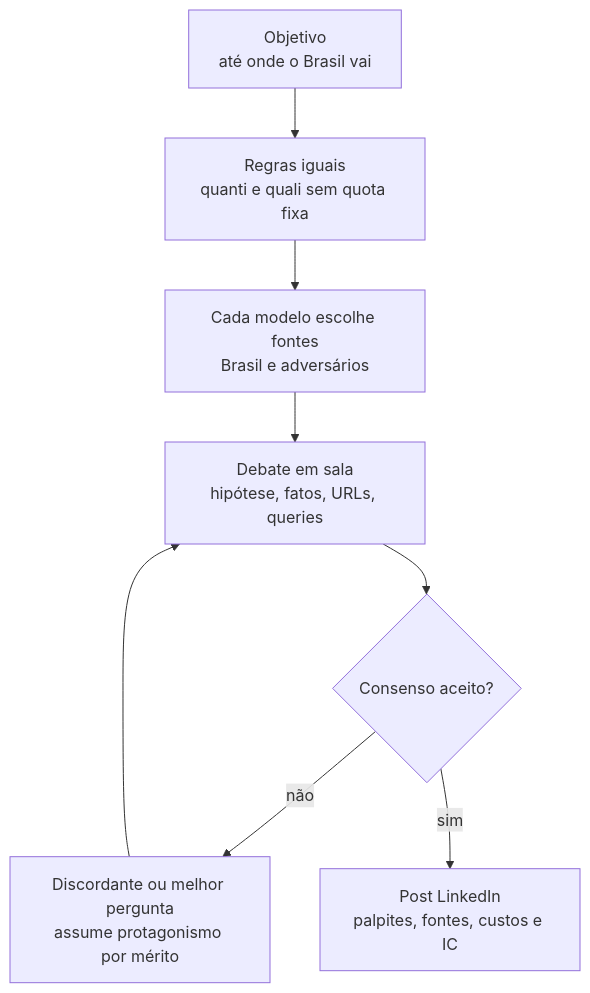
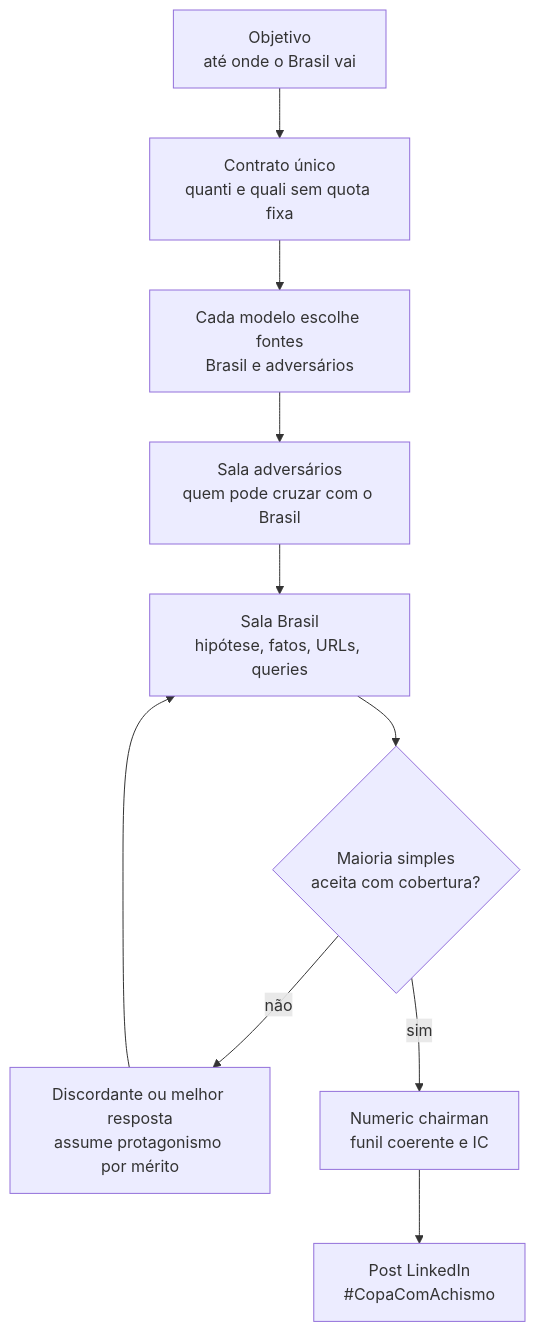
The second of 2 diagrams in README.md (marcuscavalcanti/tournament-forecaster), drawn with Mermaid before and after one commit. The commit also changed other lines of this file and 11 other files, not shown here.

````diff
--- a/README.md
+++ b/README.md
@@ -364,10 +408,12 @@
 ```mermaid
 flowchart TD
-    O["Objetivo\naté onde o Brasil vai"] --> K["Regras iguais\nquanti e quali sem quota fixa"]
+    O["Objetivo\naté onde o Brasil vai"] --> K["Contrato único\nquanti e quali sem quota fixa"]
     K --> B["Cada modelo escolhe fontes\nBrasil e adversários"]
-    B --> D["Debate em sala\nhipótese, fatos, URLs, queries"]
-    D --> Q{"Consenso aceito?"}
-    Q -- "não" --> L["Discordante ou melhor pergunta\nassume protagonismo por mérito"]
+    B --> A["Sala adversários\nquem pode cruzar com o Brasil"]
+    A --> D["Sala Brasil\nhipótese, fatos, URLs, queries"]
+    D --> Q{"Maioria simples\naceita com cobertura?"}
+    Q -- "não" --> L["Discordante ou melhor resposta\nassume protagonismo por mérito"]
     L --> D
-    Q -- "sim" --> F["Post LinkedIn\npalpites, fontes, custos e IC"]
+    Q -- "sim" --> F["Numeric chairman\nfunil coerente e IC"]
+    F --> P["Post LinkedIn\n#CopaComAchismo"]
 ```
````
